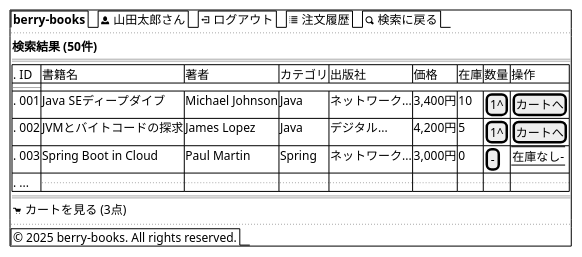
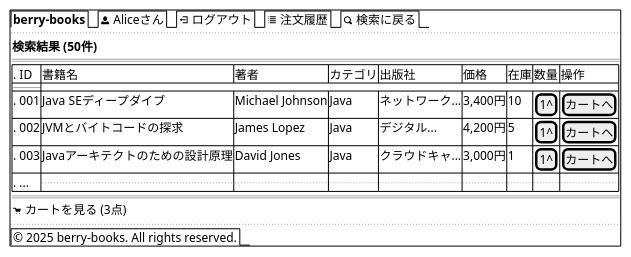
One commit to KenyaSaitoh/ai_dev_training_202512 changed the fourth of 13 diagrams in projects/java/berry-books-spec-driven/specs/wireframes.md. Above: the diagram before and after it, drawn with PlantUML. The commit also changed other lines of this file and 13 other files, not shown here.

````diff
--- a/projects/java/berry-books-spec-driven/specs/wireframes.md
+++ b/projects/java/berry-books-spec-driven/specs/wireframes.md
@@ -202,24 +202,24 @@
 ```plantuml
 @startsalt
 {+
-  {/ <b>berry-books</b> | <&person> 山田太郎さん | <&account-logout> ログアウト | <&list> 注文履歴 | <&magnifying-glass> 検索に戻る }
+  {/ <b>berry-books</b> | <&person> Aliceさん | <&account-logout> ログアウト | <&list> 注文履歴 | <&magnifying-glass> 検索に戻る }
   ..
   {
     <b>検索結果 (50件)</b>
     ==
     {#
       . ID  | 書籍名                        | 著者            | カテゴリ | 出版社          | 価格    | 在庫 | 数量 | 操作
       --
       . 001 | Java SEディープダイブ          | Michael Johnson | Java    | ネットワーク...  | 3,400円 | 10  | [1^] | [カートへ]
       . 002 | JVMとバイトコードの探求         | James Lopez     | Java    | デジタル...     | 4,200円 | 5   | [1^] | [カートへ]
-      . 003 | Spring Boot in Cloud         | Paul Martin     | Spring  | ネットワーク...  | 3,000円 | 0   | [-]  | {-在庫なし-}
+      . 003 | Javaアーキテクトのための設計原理 | David Jones     | Java    | クラウドキャ...  | 3,000円 | 1   | [1^] | [カートへ]
       . ... | ...                          | ...             | ...     | ...            | ...    | ... | ...  | ...
     }
     ==
     <&cart> カートを見る (3点)
   }
   ..
   {/ © 2025 berry-books. All rights reserved. }
 }
 @endsalt
 ```
````
